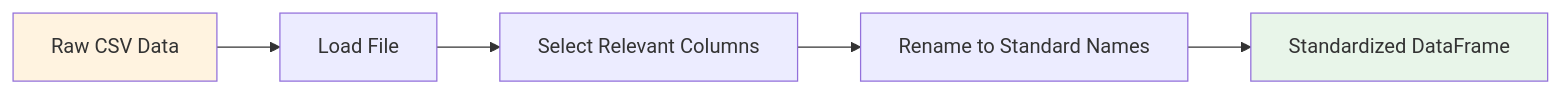
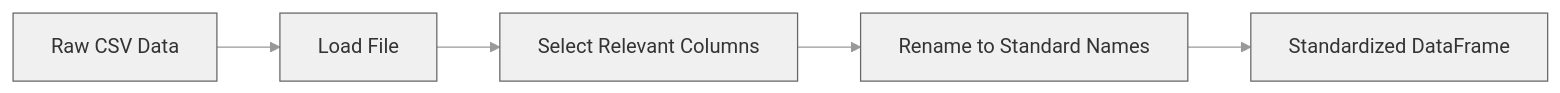
One commit to seanbf/tableGen changed the second of 3 diagrams in docs/README.md. Above: the diagram before and after it, drawn with Mermaid. The commit also changed other lines of this file, not shown here.

Commit message:
Update mermaid diagrams with theme configuration for dark/light mode compatibility

````diff
--- a/docs/README.md
+++ b/docs/README.md
@@ -84,10 +76,8 @@
 ```mermaid
+%%{init: {'theme':'base', 'themeVariables': { 'primaryColor':'#f0f0f0', 'primaryTextColor':'#333', 'primaryBorderColor':'#666', 'lineColor':'#999', 'secondBkgColor':'#e8e8e8', 'tertiaryColor':'#fff'}}}%%
 graph LR
     CSV["Raw CSV Data"] --> LOAD["Load File"]
     LOAD --> SELECT["Select Relevant Columns"]
     SELECT --> RENAME["Rename to Standard Names"]
     RENAME --> DF["Standardized DataFrame"]
-    
-    style CSV fill:#fff3e0
-    style DF fill:#e8f5e9
 ```
````
